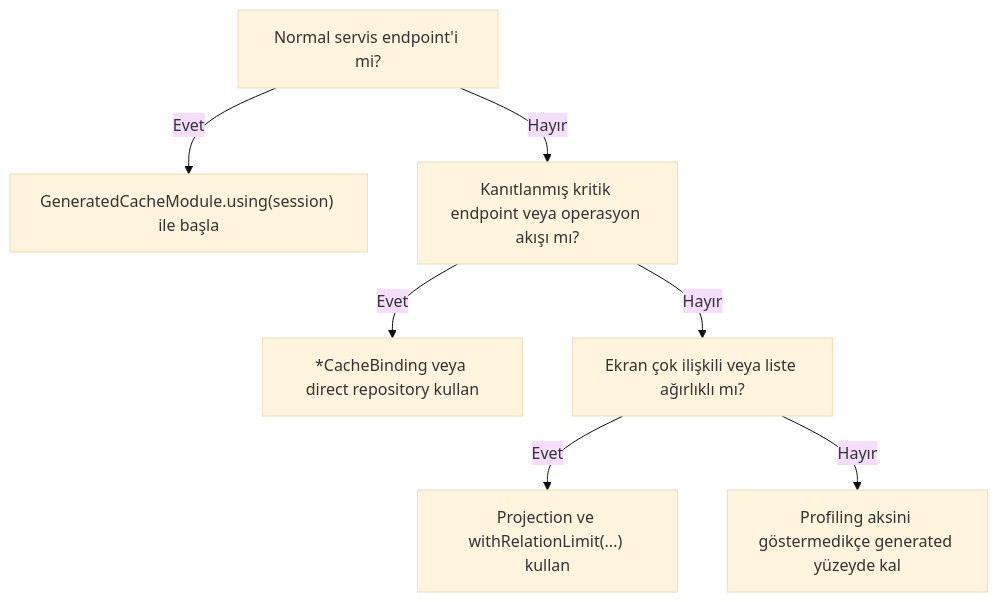
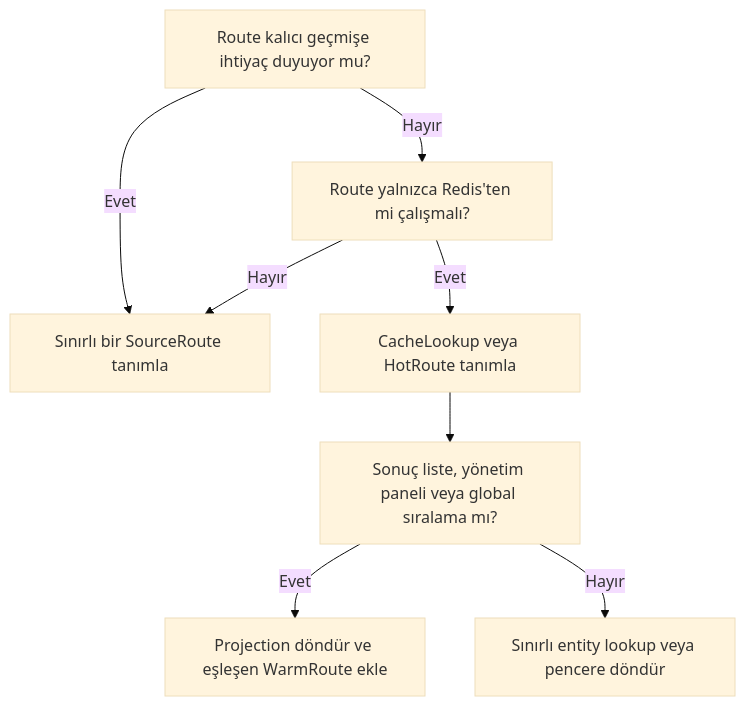
The diagram in tr/docs/production-recipes.md (esasmer-dou/cache-database), drawn with Mermaid (base theme) before and after one commit. The commit also changed other lines of this file and 287 other files, not shown here.

````diff
--- a/tr/docs/production-recipes.md
+++ b/tr/docs/production-recipes.md
@@ -76,9 +77,10 @@
 ```mermaid
 flowchart TD
-    A["Normal servis endpoint'i mi?"] -->|Evet| B["GeneratedCacheModule.using(session) ile başla"]
-    A -->|Hayır| C["Kanıtlanmış kritik endpoint veya operasyon akışı mı?"]
-    C -->|Evet| D["*CacheBinding veya direct repository kullan"]
-    C -->|Hayır| E["Ekran çok ilişkili veya liste ağırlıklı mı?"]
-    E -->|Evet| F["Projection ve withRelationLimit(...) kullan"]
-    E -->|Hayır| G["Profiling aksini göstermedikçe generated yüzeyde kal"]
+    A["Route kalıcı geçmişe ihtiyaç duyuyor mu?"] -->|Evet| B["Sınırlı bir SourceRoute tanımla"]
+    A -->|Hayır| C["Route yalnızca Redis'ten mi çalışmalı?"]
+    C -->|Evet| D["CacheLookup veya HotRoute tanımla"]
+    C -->|Hayır| B
+    D --> E["Sonuç liste, yönetim paneli veya global sıralama mı?"]
+    E -->|Evet| F["Projection döndür ve eşleşen WarmRoute ekle"]
+    E -->|Hayır| G["Sınırlı entity lookup veya pencere döndür"]
 ```
````
